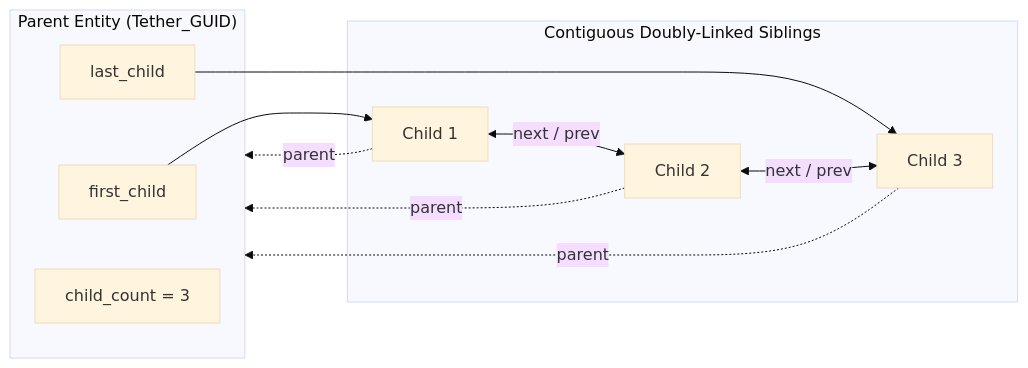
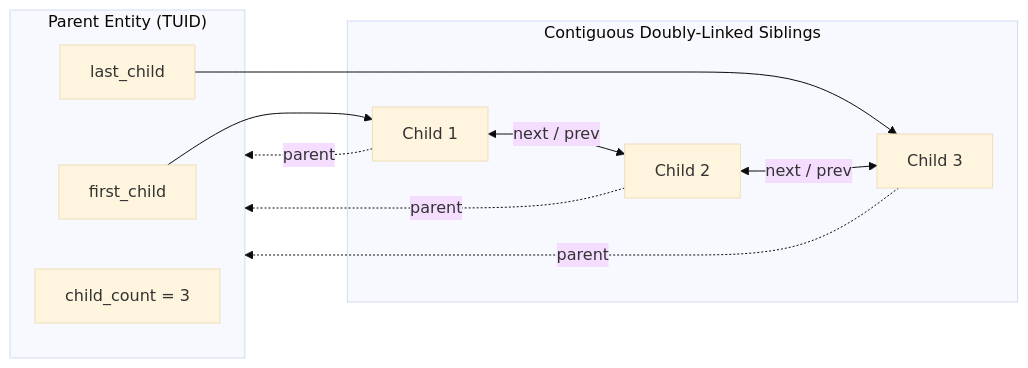
One commit to Yuvi-GD/Tether changed the third of 5 diagrams in docs/technical/04_components_and_invalidation.md. Above: the diagram before and after it, drawn with Mermaid (base theme). The commit also changed other lines of this file and 84 other files, not shown here.

Commit message:
refactor(core): rename Tether_GUID to TUID across codebase and documentation

````diff
--- a/docs/technical/04_components_and_invalidation.md
+++ b/docs/technical/04_components_and_invalidation.md
@@ -192,24 +192,24 @@
 ```mermaid
 flowchart LR
-    subgraph ParentEntity["Parent Entity (Tether_GUID)"]
+    subgraph ParentEntity["Parent Entity (TUID)"]
         FC["first_child"]
         LC["last_child"]
         CC["child_count = 3"]
     end
 
     subgraph ChildrenChain["Contiguous Doubly-Linked Siblings"]
         C1["Child 1"]
         C2["Child 2"]
         C3["Child 3"]
     end
 
     FC --> C1
     LC --> C3
 
     C1 <-->|next / prev| C2
     C2 <-->|next / prev| C3
 
     C1 -.->|parent| ParentEntity
     C2 -.->|parent| ParentEntity
     C3 -.->|parent| ParentEntity
 ```
````
